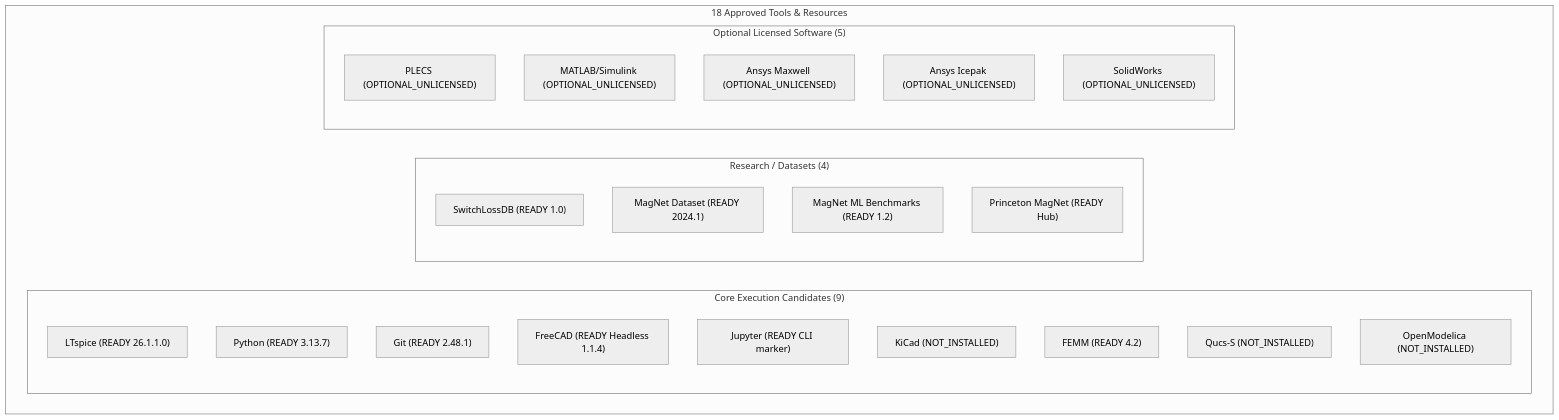
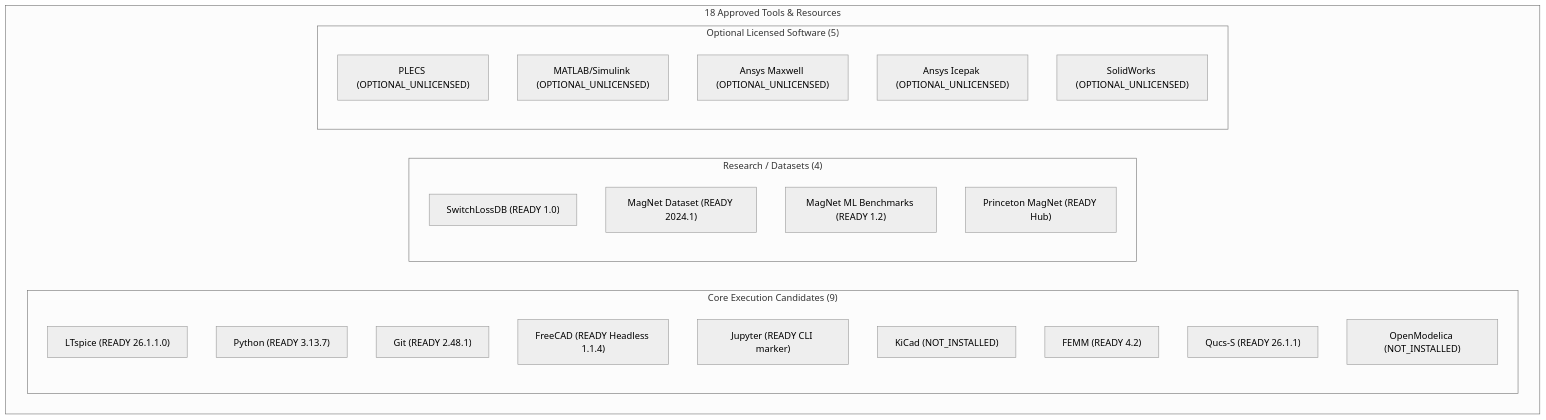
Before and after one commit to mendextechnologies-dot/Mendex-Studio: the diagram in docs/v1.6/TOOL_READINESS_MATRIX.md, drawn with Mermaid (neutral theme). The commit also changed other lines of this file and 6 other files, not shown here.

````diff
--- a/docs/v1.6/TOOL_READINESS_MATRIX.md
+++ b/docs/v1.6/TOOL_READINESS_MATRIX.md
@@ -48,29 +48,29 @@
 ```mermaid
 flowchart TD
     subgraph Approved18Tools["18 Approved Tools & Resources"]
         subgraph CoreCandidates["Core Execution Candidates (9)"]
             T1["LTspice (READY 26.1.1.0)"]
             T2["Python (READY 3.13.7)"]
             T3["Git (READY 2.48.1)"]
             T4["FreeCAD (READY Headless 1.1.4)"]
             T5["Jupyter (READY CLI marker)"]
             T6["KiCad (NOT_INSTALLED)"]
             T7["FEMM (READY 4.2)"]
-            T8["Qucs-S (NOT_INSTALLED)"]
+            T8["Qucs-S (READY 26.1.1)"]
             T9["OpenModelica (NOT_INSTALLED)"]
         end
         subgraph ResearchDatasets["Research / Datasets (4)"]
             D1["SwitchLossDB (READY 1.0)"]
             D2["MagNet Dataset (READY 2024.1)"]
             D3["MagNet ML Benchmarks (READY 1.2)"]
             D4["Princeton MagNet (READY Hub)"]
         end
         subgraph CommercialStubs["Optional Licensed Software (5)"]
             C1["PLECS (OPTIONAL_UNLICENSED)"]
             C2["MATLAB/Simulink (OPTIONAL_UNLICENSED)"]
             C3["Ansys Maxwell (OPTIONAL_UNLICENSED)"]
             C4["Ansys Icepak (OPTIONAL_UNLICENSED)"]
             C5["SolidWorks (OPTIONAL_UNLICENSED)"]
         end
     end
 ```
````
